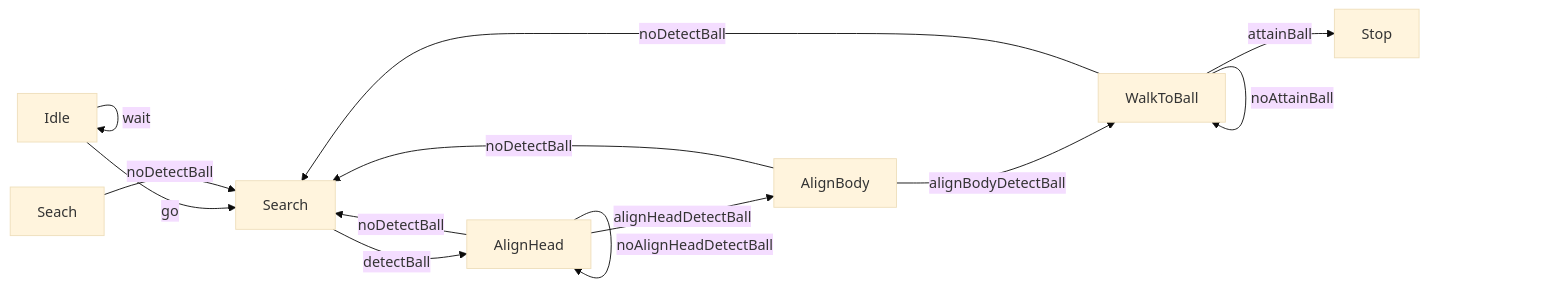
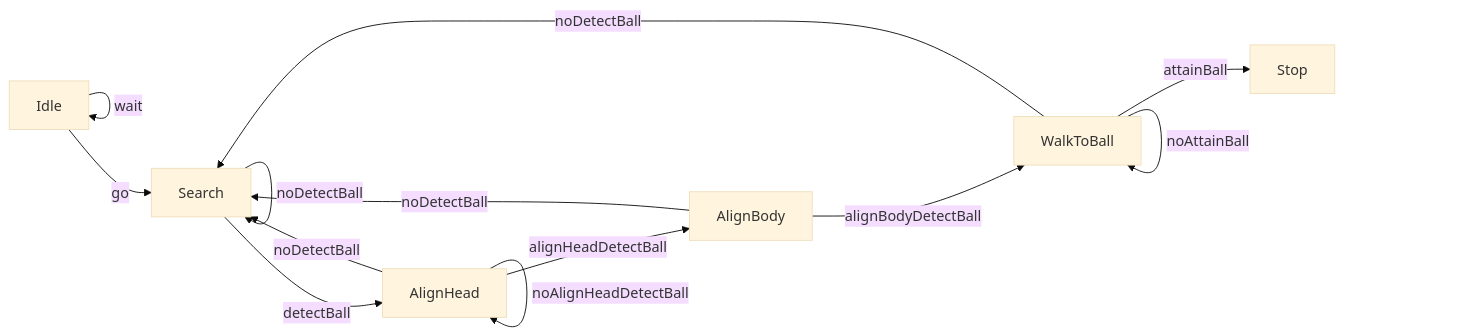
The diagram in README.md (Traaak98/maradona), drawn with Mermaid (base theme) before and after one commit.

Commit message:
mise a jour readme graph

````diff
--- a/README.md
+++ b/README.md
@@ -56,15 +56,15 @@
 ```mermaid
 graph LR;
     Idle-- wait -->Idle;
     Idle-- go -->Search;
-    Seach-- noDetectBall -->Search;
+    Search-- noDetectBall -->Search;
     Search-- detectBall -->AlignHead;
     AlignHead-- noDetectBall -->Search;
     AlignHead-- noAlignHeadDetectBall -->AlignHead;
     AlignHead-- alignHeadDetectBall -->AlignBody;
     AlignBody-- noDetectBall -->Search;
     AlignBody-- alignBodyDetectBall -->WalkToBall;
     WalkToBall-- noDetectBall -->Search;
     WalkToBall-- noAttainBall -->WalkToBall;
     WalkToBall-- attainBall -->Stop;
 ```
````
